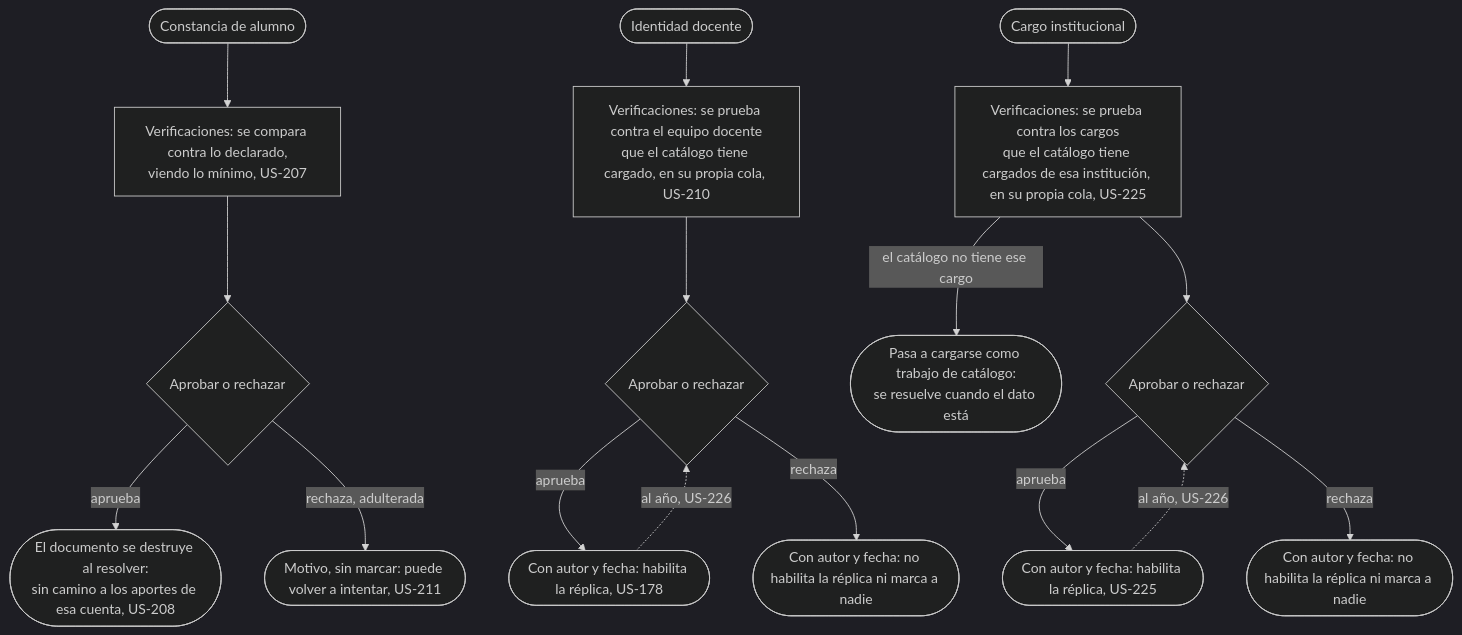
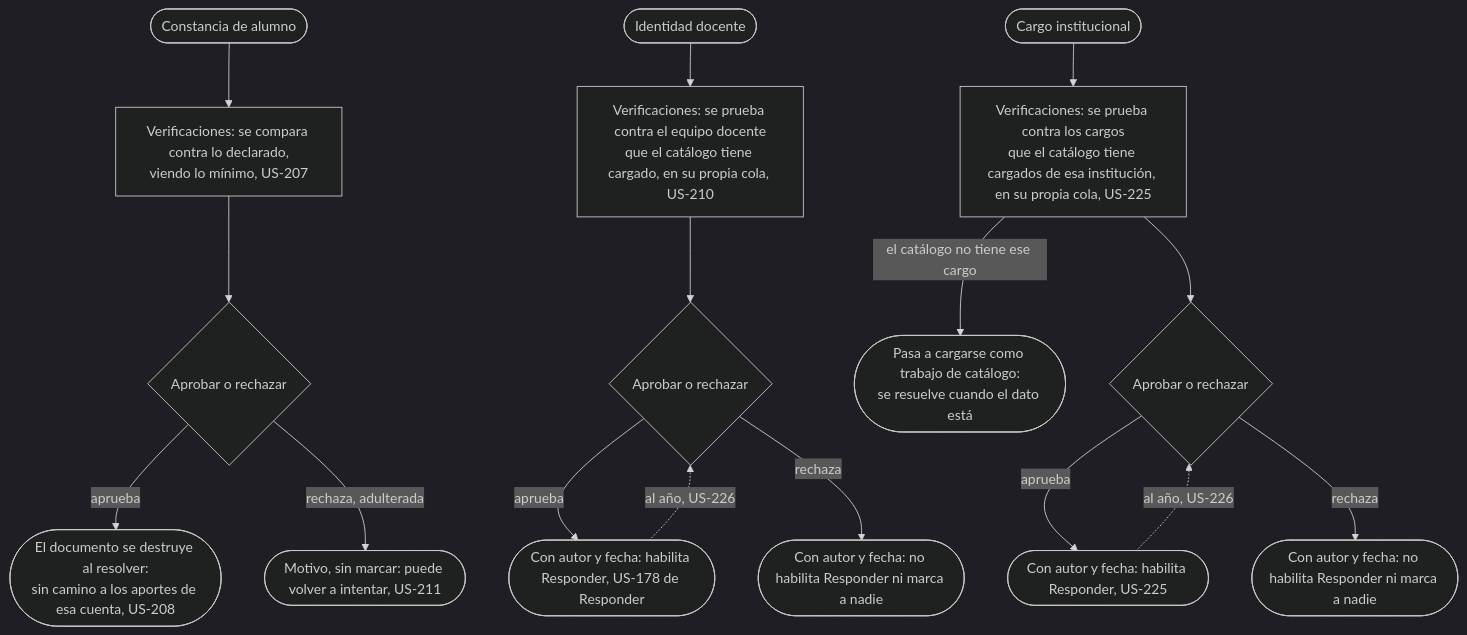
Before and after one commit to lucasidev/plan-b: the third of 5 diagrams in docs/product/team/moderate-without-breaking-the-product/flow.md, drawn with Mermaid (dark theme). The commit also changed other lines of this file and 243 other files, not shown here.

````diff
--- a/docs/product/team/moderate-without-breaking-the-product/flow.md
+++ b/docs/product/team/moderate-without-breaking-the-product/flow.md
@@ -40,18 +35,18 @@
 ```mermaid
 flowchart TD
   A([Constancia de alumno]) --> B[Verificaciones: se compara contra lo declarado,<br/>viendo lo mínimo, US-207]
   B --> C{Aprobar o rechazar}
   C -->|aprueba| D([El documento se destruye al resolver:<br/>sin camino a los aportes de esa cuenta, US-208])
   C -->|rechaza, adulterada| E([Motivo, sin marcar: puede volver a intentar, US-211])
   F([Identidad docente]) --> G[Verificaciones: se prueba contra el equipo docente<br/>que el catálogo tiene cargado, en su propia cola, US-210]
   G --> H{Aprobar o rechazar}
-  H -->|aprueba| I([Con autor y fecha: habilita la réplica, US-178])
-  H -->|rechaza| J([Con autor y fecha: no habilita la réplica ni marca a nadie])
+  H -->|aprueba| I([Con autor y fecha: habilita Responder, US-178 de Responder])
+  H -->|rechaza| J([Con autor y fecha: no habilita Responder ni marca a nadie])
   K([Cargo institucional]) --> L[Verificaciones: se prueba contra los cargos<br/>que el catálogo tiene cargados de esa institución, en su propia cola, US-225]
   L -->|el catálogo no tiene ese cargo| L1([Pasa a cargarse como trabajo de catálogo:<br/>se resuelve cuando el dato está])
   L --> M{Aprobar o rechazar}
-  M -->|aprueba| N([Con autor y fecha: habilita la réplica, US-225])
-  M -->|rechaza| O([Con autor y fecha: no habilita la réplica ni marca a nadie])
+  M -->|aprueba| N([Con autor y fecha: habilita Responder, US-225])
+  M -->|rechaza| O([Con autor y fecha: no habilita Responder ni marca a nadie])
   I -.->|al año, US-226| H
   N -.->|al año, US-226| M
 ```
````
